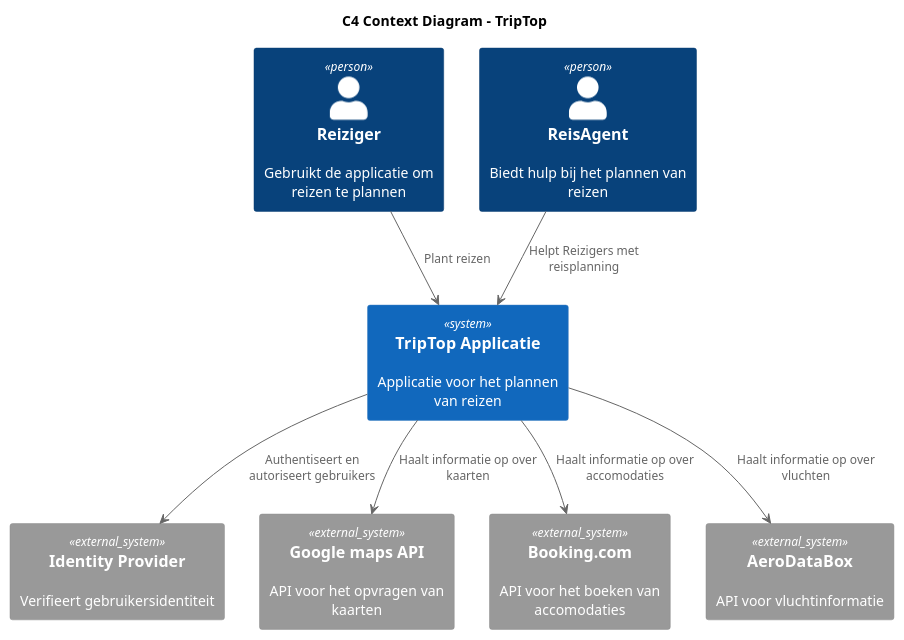
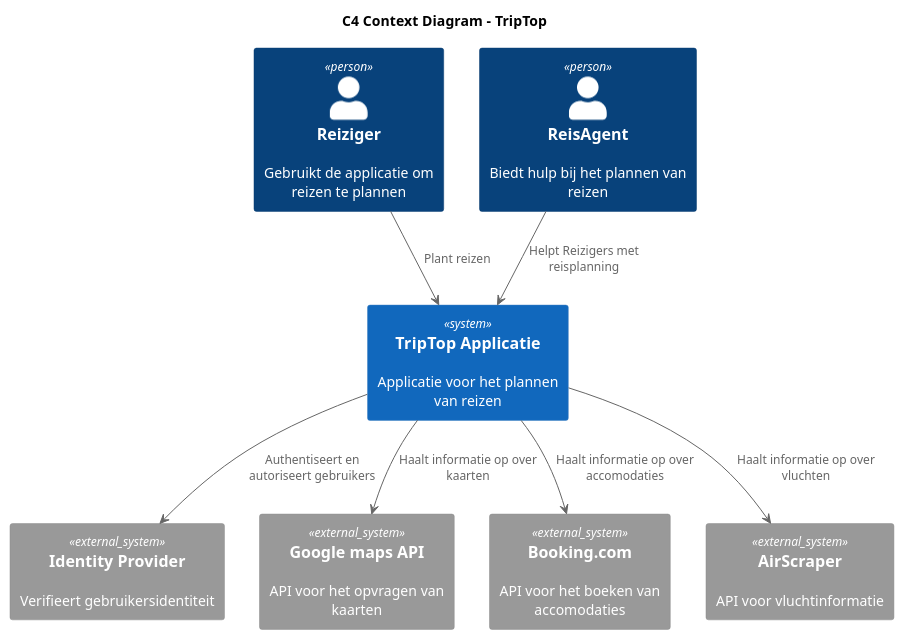
Before and after one commit to AIM-ENE-feb25/triptop-groep-b4: the diagram in C4_diagrammen/Context_diagram_TripTop_group_B4.puml, drawn with PlantUML. The commit also changed 4 other files, not shown here.

First line of the commit message:
Dynamic diagram & SGB mapping model

```diff
--- a/C4_diagrammen/Context_diagram_TripTop_group_B4.puml
+++ b/C4_diagrammen/Context_diagram_TripTop_group_B4.puml
@@ -1,24 +1,24 @@
 @startuml
 !include <C4/C4_Container>
 
 title C4 Context Diagram - TripTop
 
 Person(Reiziger, "Reiziger", "Gebruikt de applicatie om reizen te plannen")
 Person(ReisAgent, "ReisAgent", "Biedt hulp bij het plannen van reizen")
 
 System(TripTop, "TripTop Applicatie", "Applicatie voor het plannen van reizen")
 
 System_Ext(IdentityProvider, "Identity Provider", "Verifieert gebruikersidentiteit")
 System_Ext(Google_maps_api, "Google maps API", "API voor het opvragen van kaarten")
 System_Ext(Booking, "Booking.com", "API voor het boeken van accomodaties")
-System_Ext(AeroDataBox, "AeroDataBox", "API voor vluchtinformatie")
+System_Ext(AirScraper, "AirScraper", "API voor vluchtinformatie")
 
 Reiziger --> TripTop : "Plant reizen"
 ReisAgent --> TripTop : "Helpt Reizigers met reisplanning"
 
 TripTop --> IdentityProvider : "Authentiseert en autoriseert gebruikers"
 TripTop --> Google_maps_api : "Haalt informatie op over kaarten"
 TripTop --> Booking : "Haalt informatie op over accomodaties"
-TripTop --> AeroDataBox : "Haalt informatie op over vluchten"
+TripTop --> AirScraper : "Haalt informatie op over vluchten"
 
 @enduml
```
